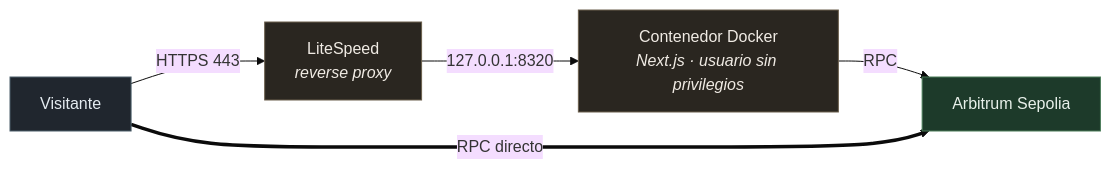
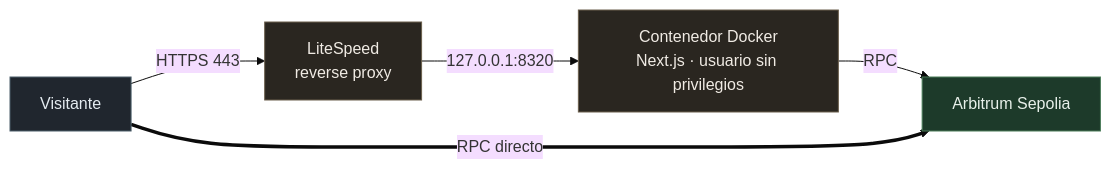
The fifth of 5 diagrams in docs/ARCHITECTURE.md (kasbsquall/remand), drawn with Mermaid (base theme) before and after one commit. The commit also changed other lines of this file, not shown here.

First line of the commit message:
fix(docs): saltos de linea en los diagramas

````diff
--- a/docs/ARCHITECTURE.md
+++ b/docs/ARCHITECTURE.md
@@ -235,14 +235,14 @@
 ```mermaid
 flowchart LR
-    N["Visitante"] -->|HTTPS 443| LS["LiteSpeed<br/><i>reverse proxy</i>"]
-    LS -->|"127.0.0.1:8320"| D["Contenedor Docker<br/><i>Next.js · usuario sin privilegios</i>"]
+    N["Visitante"] -->|HTTPS 443| LS["LiteSpeed<br>reverse proxy"]
+    LS -->|"127.0.0.1:8320"| D["Contenedor Docker<br>Next.js · usuario sin privilegios"]
     D -->|RPC| ARB["Arbitrum Sepolia"]
     N ==>|"RPC directo"| ARB
 
     classDef pub fill:#20262e,stroke:#4d5f6b,color:#e4ebf0
     classDef srv fill:#2a2620,stroke:#6b5f4d,color:#f0ebe4
     classDef chain fill:#1d3a2a,stroke:#4a7c59,color:#e8f0ea
     class N pub
     class LS,D srv
     class ARB chain
 ```
````
